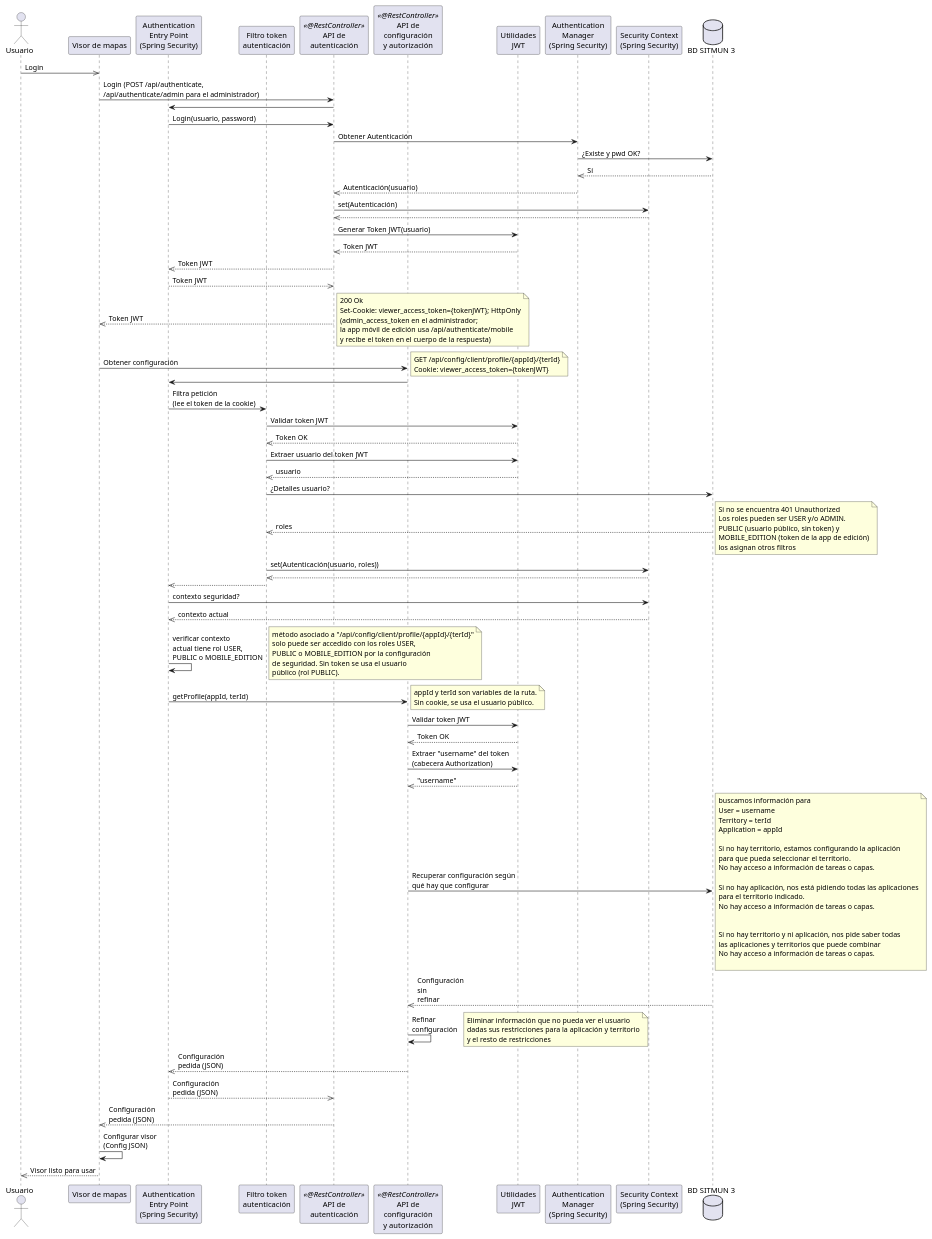
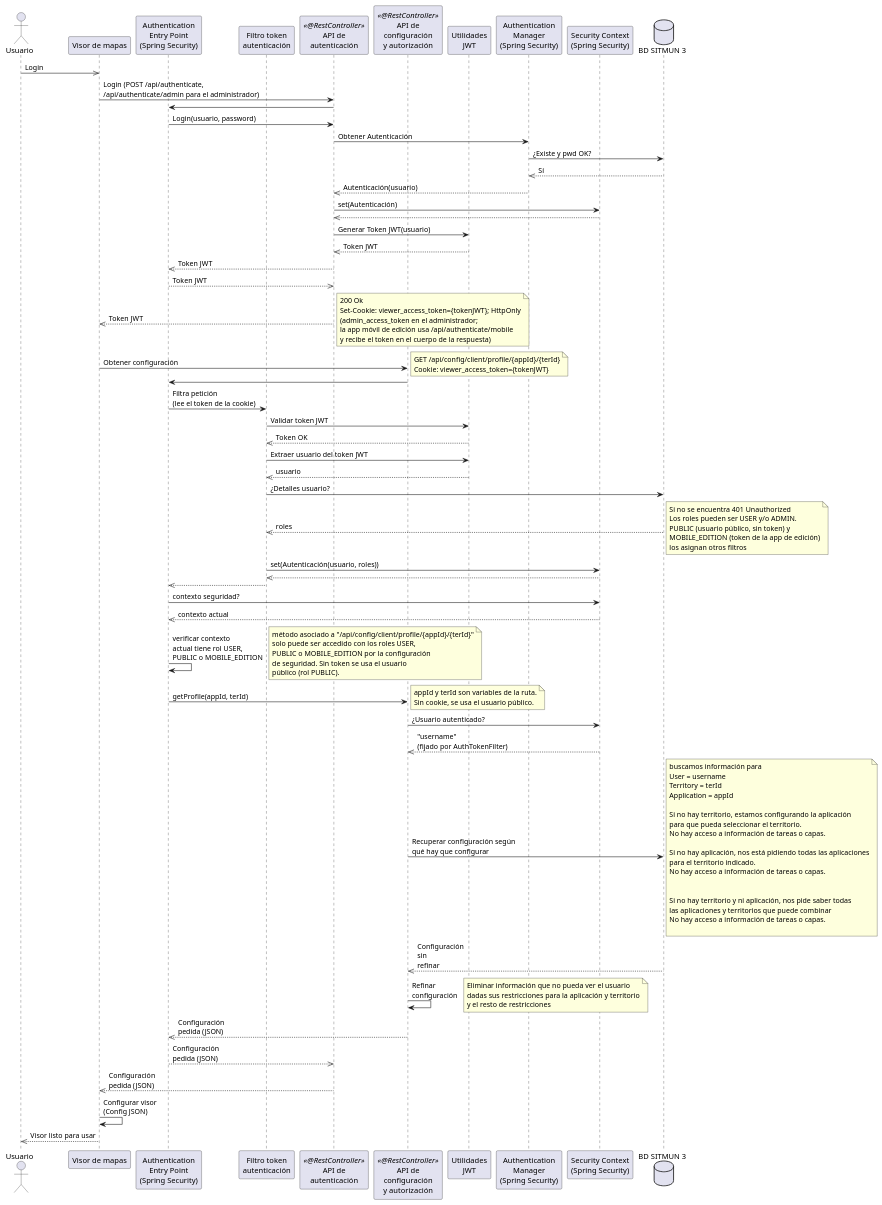
Before and after one commit to sitmun/sitmun.github.io: the second of 6 diagrams in docs/que-es-sitmun/plataforma/arquitectura/index.md, drawn with PlantUML. The commit also changed other lines of this file and 12 other files, not shown here.

First line of the commit message:
docs: round 6 fixes for the guides, architecture, API and install pages

```diff
--- a/docs/que-es-sitmun/plataforma/arquitectura/index.md
+++ b/docs/que-es-sitmun/plataforma/arquitectura/index.md
@@ -409,10 +409,8 @@
   appId y terId son variables de la ruta.
   Sin cookie, se usa el usuario público.
 end note
-ConfigurationAPI -> JWTUtils: Validar token JWT
-JWTUtils -->> ConfigurationAPI: Token OK
-ConfigurationAPI -> JWTUtils: Extraer "username" del token\n(cabecera Authorization)
-JWTUtils -->> ConfigurationAPI: "username"
+ConfigurationAPI -> SecurityContext: ¿Usuario autenticado?
+SecurityContext -->> ConfigurationAPI: "username"\n(fijado por AuthTokenFilter)
 ConfigurationAPI -> Database: Recuperar configuración según\nqué hay que configurar
 note right
   buscamos información para 
```
